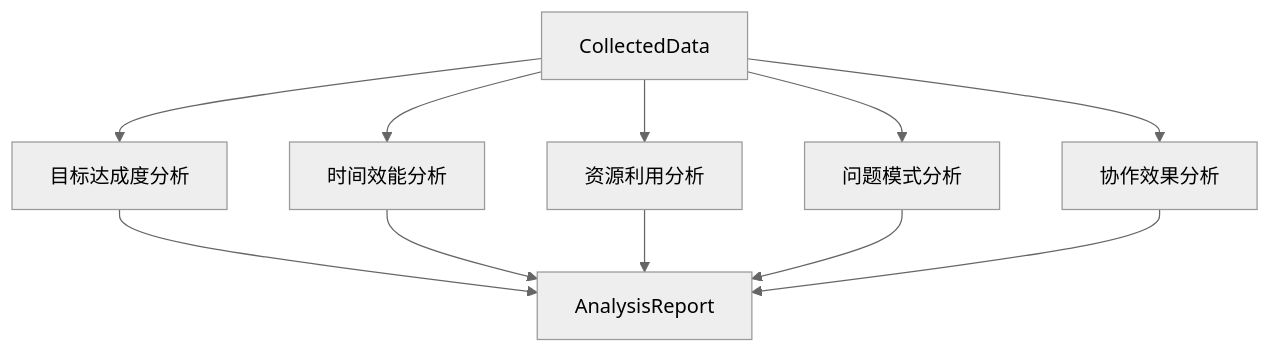
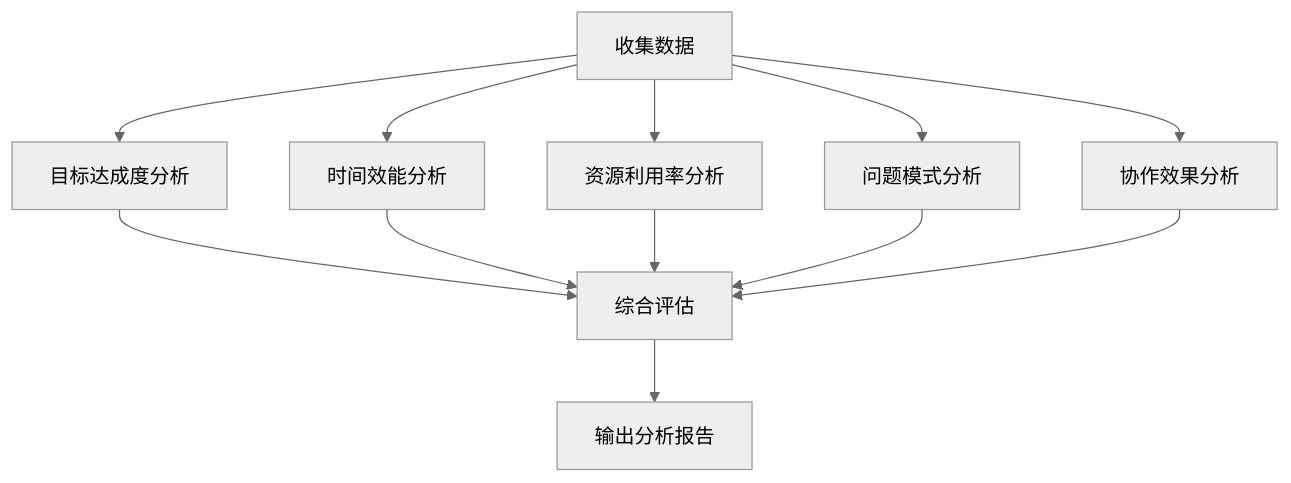
The fourth of 8 diagrams in .qoder/repowiki/zh/content/项目概述.md (daoAgents/task-execution-summary), drawn with Mermaid (neutral theme) before and after one commit. The commit also changed other lines of this file and 33 other files, not shown here.

````diff
--- a/.qoder/repowiki/zh/content/项目概述.md
+++ b/.qoder/repowiki/zh/content/项目概述.md
@@ -195,13 +143,14 @@
 ```mermaid
 flowchart TD
-A["CollectedData"] --> B["目标达成度分析"]
+A["收集数据"] --> B["目标达成度分析"]
 A --> C["时间效能分析"]
-A --> D["资源利用分析"]
+A --> D["资源利用率分析"]
 A --> E["问题模式分析"]
 A --> F["协作效果分析"]
-B --> G["AnalysisReport"]
+B --> G["综合评估"]
 C --> G
 D --> G
 E --> G
 F --> G
+G --> H["输出分析报告"]
 ```
````
